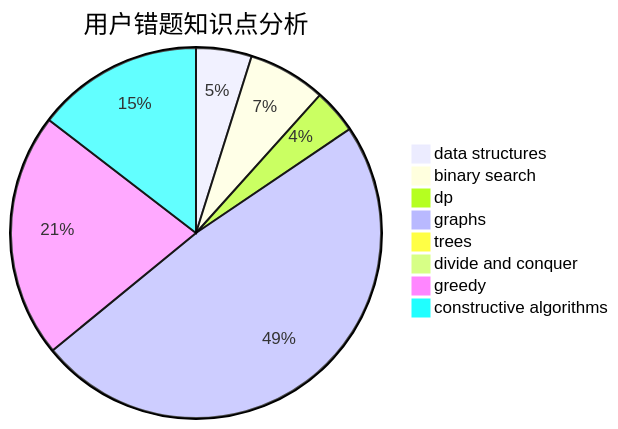
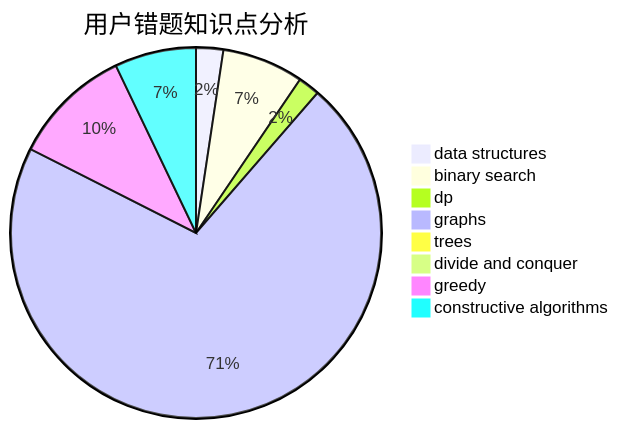
The third of 3 diagrams in docs/user/u84.md (sherpahu/cfrs.github.io), drawn with Mermaid before and after one commit. The commit also changed other lines of this file and 2770 other files, not shown here.

````diff
--- a/docs/user/u84.md
+++ b/docs/user/u84.md
@@ -36,11 +36,11 @@
 ```mermaid
 pie title 用户错题知识点分析
     "data structures" :  5
-    "binary search" :  7
+    "binary search" :  15
     "dp" :  4
-    "graphs" :  50
+    "graphs" :  150
     "trees" :  0
     "divide and conquer" :  0
     "greedy" :  22
     "constructive algorithms" :  15
 ```
````
